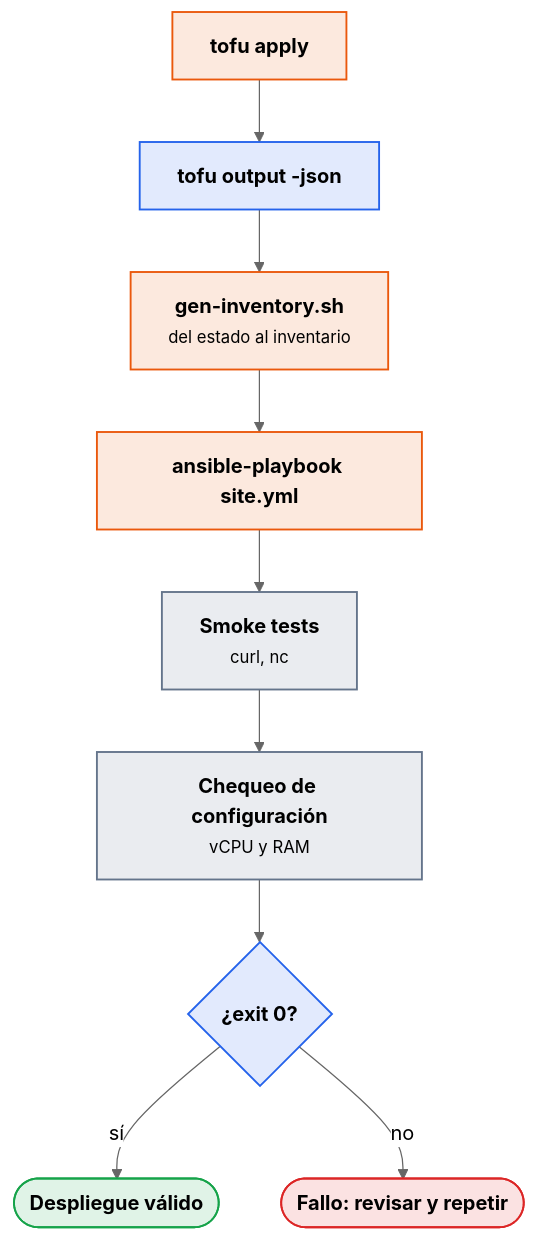
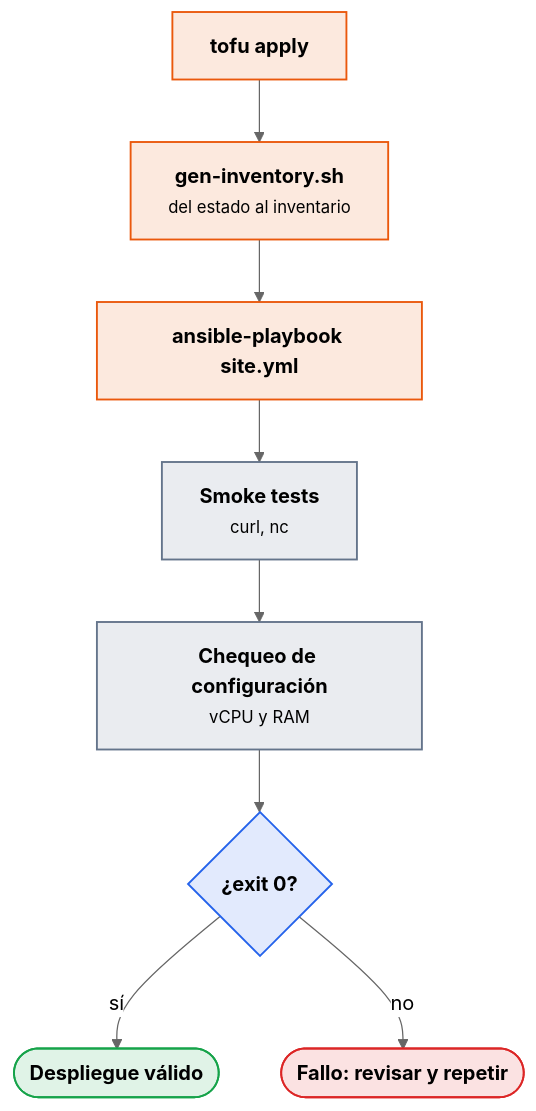
Before and after one commit to victor-educ/apuntes-5166: the fifth of 5 diagrams in docs/ut/ut5-iac.md, drawn with Mermaid (neutral theme). The commit also changed other lines of this file and 5 other files, not shown here.

````diff
--- a/docs/ut/ut5-iac.md
+++ b/docs/ut/ut5-iac.md
@@ -1100,21 +1134,20 @@
 ```mermaid
 flowchart TB
     T["<b>tofu apply</b>"]:::act
-    O["<b>tofu output -json</b>"]:::dato
     I["<b>gen-inventory.sh</b><br><small>del estado al inventario</small>"]:::act
     A["<b>ansible-playbook site.yml</b>"]:::act
     S["<b>Smoke tests</b><br><small>curl, nc</small>"]:::pieza
     C["<b>Chequeo de configuración</b><br><small>vCPU y RAM</small>"]:::pieza
     R{"<b>¿exit 0?</b>"}:::dato
     OK(["<b>Despliegue válido</b>"]):::ok
     KO(["<b>Fallo: revisar y repetir</b>"]):::riesgo
-    T --> O --> I --> A --> S --> C --> R
+    T --> I --> A --> S --> C --> R
     R -- sí --> OK
     R -- no --> KO
     classDef act fill:#ea580c22,stroke:#ea580c,stroke-width:1.5px
     classDef pieza fill:#64748b22,stroke:#64748b,stroke-width:1.5px
     classDef dato fill:#2563eb22,stroke:#2563eb,stroke-width:1.5px
     classDef infra fill:#a1a1aa14,stroke:#a1a1aa,stroke-width:1.5px
     classDef ok fill:#16a34a22,stroke:#16a34a,stroke-width:1.5px
     classDef riesgo fill:#dc262622,stroke:#dc2626,stroke-width:1.5px
 ```
````
